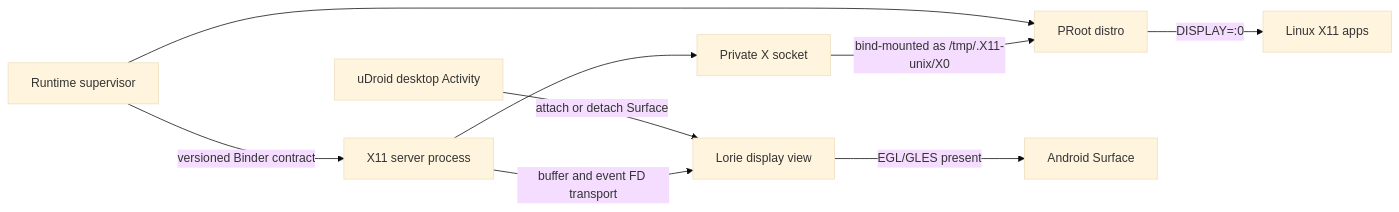
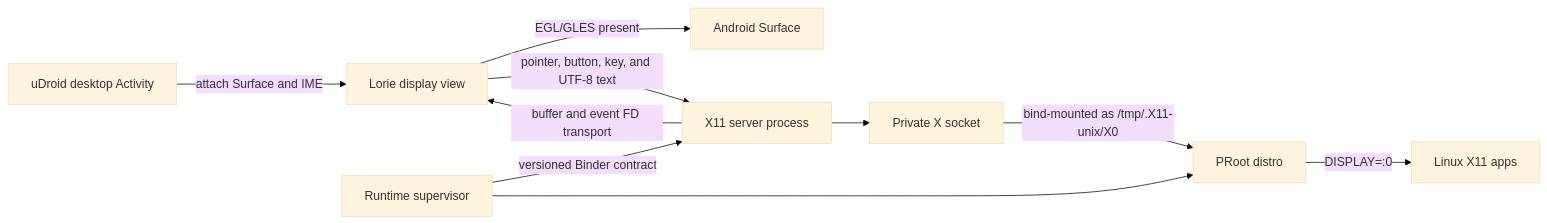
One commit to RandomCoderOrg/udroid-app changed the first of 2 diagrams in docs/X11_RUNTIME_ARCHITECTURE.md. Above: the diagram before and after it, drawn with Mermaid (base theme). The commit also changed other lines of this file and 3 other files, not shown here.

````diff
--- a/docs/X11_RUNTIME_ARCHITECTURE.md
+++ b/docs/X11_RUNTIME_ARCHITECTURE.md
@@ -46,11 +46,12 @@
 ```mermaid
 flowchart LR
-    UI["uDroid desktop Activity"] -->|"attach or detach Surface"| View["Lorie display view"]
+    UI["uDroid desktop Activity"] -->|"attach Surface and IME"| View["Lorie display view"]
     Supervisor["Runtime supervisor"] -->|"versioned Binder contract"| Server["X11 server process"]
     Server --> Socket["Private X socket"]
     Supervisor --> PRoot["PRoot distro"]
     Socket -->|"bind-mounted as /tmp/.X11-unix/X0"| PRoot
     PRoot -->|"DISPLAY=:0"| Apps["Linux X11 apps"]
     Server -->|"buffer and event FD transport"| View
     View -->|"EGL/GLES present"| Surface["Android Surface"]
+    View -->|"pointer, button, key, and UTF-8 text"| Server
 ```
````
